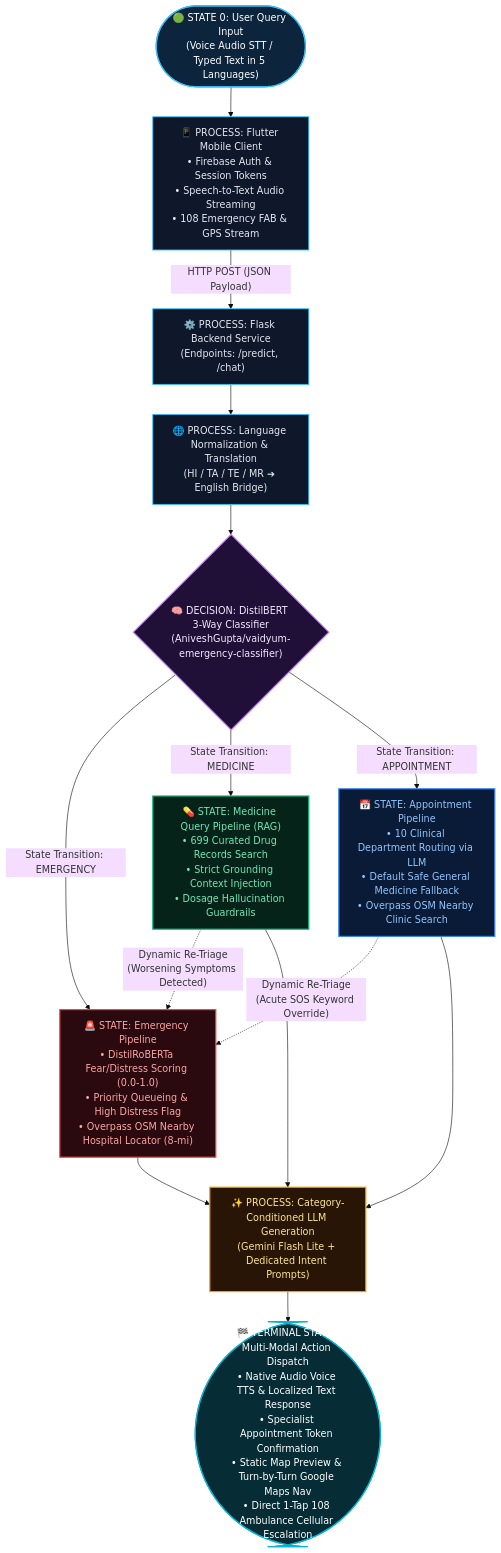
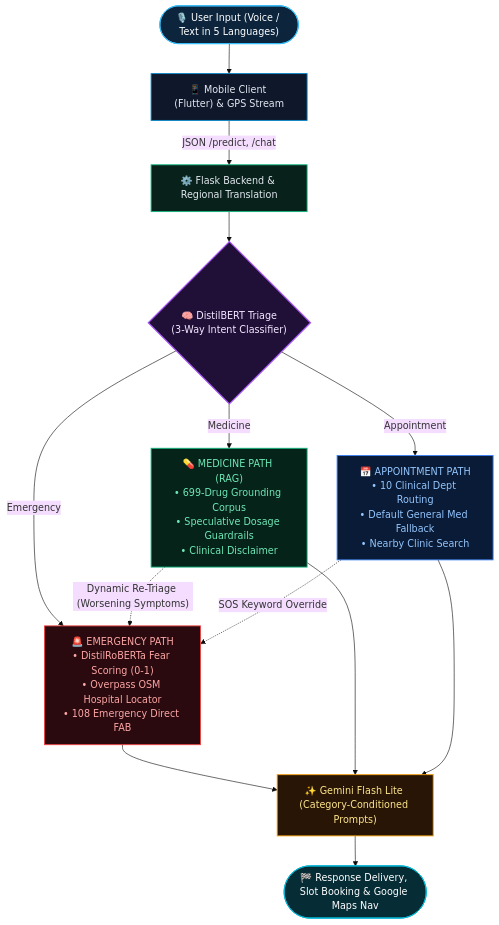
Before and after one commit to AniveshGuptaOfficial/helpline-triage-nlp: the diagram in README.md, drawn with Mermaid (base theme).

Commit message:
docs: streamline Mermaid flowchart into compact, elegant architecture diagram

````diff
--- a/README.md
+++ b/README.md
@@ -30,56 +30,31 @@
 ```mermaid
 flowchart TD
-    %% Start Terminal
-    START(["🟢 STATE 0: User Query Input<br/>(Voice Audio STT / Typed Text in 5 Languages)"]):::startTerminal
-    
-    %% Ingestion Processes
-    MOBILE["📱 PROCESS: Flutter Mobile Client<br/>• Firebase Auth & Session Tokens<br/>• Speech-to-Text Audio Streaming<br/>• 108 Emergency FAB & GPS Stream"]:::process
-    BACKEND["⚙️ PROCESS: Flask Backend Service<br/>(Endpoints: /predict, /chat)"]:::process
-    LANG["🌐 PROCESS: Language Normalization & Translation<br/>(HI / TA / TE / MR ➔ English Bridge)"]:::process
+    %% Input & Client
+    IN(["🎙️ User Input (Voice / Text in 5 Languages)"]):::start --> CLIENT["📱 Mobile Client (Flutter) & GPS Stream"]:::client
+    CLIENT -->|"JSON /predict, /chat"| BACKEND["⚙️ Flask Backend & Regional Translation"]:::backend
+    BACKEND --> TRIAGE{"🧠 DistilBERT Triage<br/>(3-Way Intent Classifier)"}:::triage
 
-    %% Classifier Decision State
-    TRIAGE{"🧠 DECISION: DistilBERT 3-Way Classifier<br/>(AniveshGupta/vaidyum-emergency-classifier)"}:::decision
+    %% 3-Way State Transitions
+    TRIAGE -->|Emergency| EP["🚨 EMERGENCY PATH<br/>• DistilRoBERTa Fear Scoring (0-1)<br/>• Overpass OSM Hospital Locator<br/>• 108 Emergency Direct FAB"]:::emerg
+    TRIAGE -->|Medicine| MP["💊 MEDICINE PATH (RAG)<br/>• 699-Drug Grounding Corpus<br/>• Speculative Dosage Guardrails<br/>• Clinical Disclaimer"]:::med
+    TRIAGE -->|Appointment| AP["📅 APPOINTMENT PATH<br/>• 10 Clinical Dept Routing<br/>• Default General Med Fallback<br/>• Nearby Clinic Search"]:::appt
 
-    %% 3 Core State Transitions
-    EMERGENCY["🚨 STATE: Emergency Pipeline<br/>• DistilRoBERTa Fear/Distress Scoring (0.0-1.0)<br/>• Priority Queueing & High Distress Flag<br/>• Overpass OSM Nearby Hospital Locator (8-mi)"]:::emergencyState
+    %% Mid-Thread Dynamic Re-Triage Loops
+    MP -.->|"Dynamic Re-Triage (Worsening Symptoms)"| EP
+    AP -.->|"SOS Keyword Override"| EP
 
-    MEDICINE["💊 STATE: Medicine Query Pipeline (RAG)<br/>• 699 Curated Drug Records Search<br/>• Strict Grounding Context Injection<br/>• Dosage Hallucination Guardrails"]:::medicineState
+    %% LLM & Dispatch
+    EP & MP & AP --> LLM["✨ Gemini Flash Lite (Category-Conditioned Prompts)"]:::llm
+    LLM --> DISPATCH(["🏁 Response Delivery, Slot Booking & Google Maps Nav"]):::dispatch
 
-    APPOINTMENT["📅 STATE: Appointment Pipeline<br/>• 10 Clinical Department Routing via LLM<br/>• Default Safe General Medicine Fallback<br/>• Overpass OSM Nearby Clinic Search"]:::appointmentState
-
-    %% Mid-Thread Dynamic Re-Triage Loops (State Transitions)
-    MEDICINE -.->|"Dynamic Re-Triage<br/>(Worsening Symptoms Detected)"| EMERGENCY
-    APPOINTMENT -.->|"Dynamic Re-Triage<br/>(Acute SOS Keyword Override)"| EMERGENCY
-
-    %% LLM Generation State
-    LLM["✨ PROCESS: Category-Conditioned LLM Generation<br/>(Gemini Flash Lite + Dedicated Intent Prompts)"]:::llmProcess
-
-    %% Final Terminal State
-    DISPATCH(["🏁 TERMINAL STATE: Multi-Modal Action Dispatch<br/>• Native Audio Voice TTS & Localized Text Response<br/>• Specialist Appointment Token Confirmation<br/>• Static Map Preview & Turn-by-Turn Google Maps Nav<br/>• Direct 1-Tap 108 Ambulance Cellular Escalation"]):::endTerminal
-
-    %% Edge Connections & State Transitions
-    START --> MOBILE
-    MOBILE -->|"HTTP POST (JSON Payload)"| BACKEND
-    BACKEND --> LANG
-    LANG --> TRIAGE
-
-    TRIAGE -->|"State Transition: EMERGENCY"| EMERGENCY
-    TRIAGE -->|"State Transition: MEDICINE"| MEDICINE
-    TRIAGE -->|"State Transition: APPOINTMENT"| APPOINTMENT
-
-    EMERGENCY --> LLM
-    MEDICINE --> LLM
-    APPOINTMENT --> LLM
-
-    LLM --> DISPATCH
-
-    %% Styles
-    classDef startTerminal fill:#0c253d,stroke:#38bdf8,stroke-width:2px,color:#ffffff;
-    classDef process fill:#0f172a,stroke:#38bdf8,stroke-width:1.5px,color:#e2e8f0;
-    classDef decision fill:#201038,stroke:#c084fc,stroke-width:2px,color:#f3e8ff;
-    classDef emergencyState fill:#2a0a0e,stroke:#ef4444,stroke-width:2px,color:#fca5a5;
-    classDef medicineState fill:#062319,stroke:#10b981,stroke-width:2px,color:#6ee7b7;
-    classDef appointmentState fill:#091b36,stroke:#3b82f6,stroke-width:2px,color:#93c5fd;
-    classDef llmProcess fill:#291506,stroke:#f59e0b,stroke-width:2px,color:#fde68a;
-    classDef endTerminal fill:#062d36,stroke:#06b6d4,stroke-width:2px,color:#ffffff;
+    %% Sleek Compact Styling
+    classDef start fill:#0c253d,stroke:#38bdf8,stroke-width:1.5px,color:#fff;
+    classDef client fill:#0f172a,stroke:#0284c7,stroke-width:1.5px,color:#e2e8f0;
+    classDef backend fill:#08221b,stroke:#10b981,stroke-width:1.5px,color:#e2e8f0;
+    classDef triage fill:#201038,stroke:#a855f7,stroke-width:2px,color:#f3e8ff;
+    classDef emerg fill:#2a0a0e,stroke:#ef4444,stroke-width:1.5px,color:#fca5a5;
+    classDef med fill:#062319,stroke:#10b981,stroke-width:1.5px,color:#6ee7b7;
+    classDef appt fill:#091b36,stroke:#3b82f6,stroke-width:1.5px,color:#93c5fd;
+    classDef llm fill:#291506,stroke:#f59e0b,stroke-width:1.5px,color:#fde68a;
+    classDef dispatch fill:#062d36,stroke:#06b6d4,stroke-width:1.5px,color:#fff;
 ```
````
